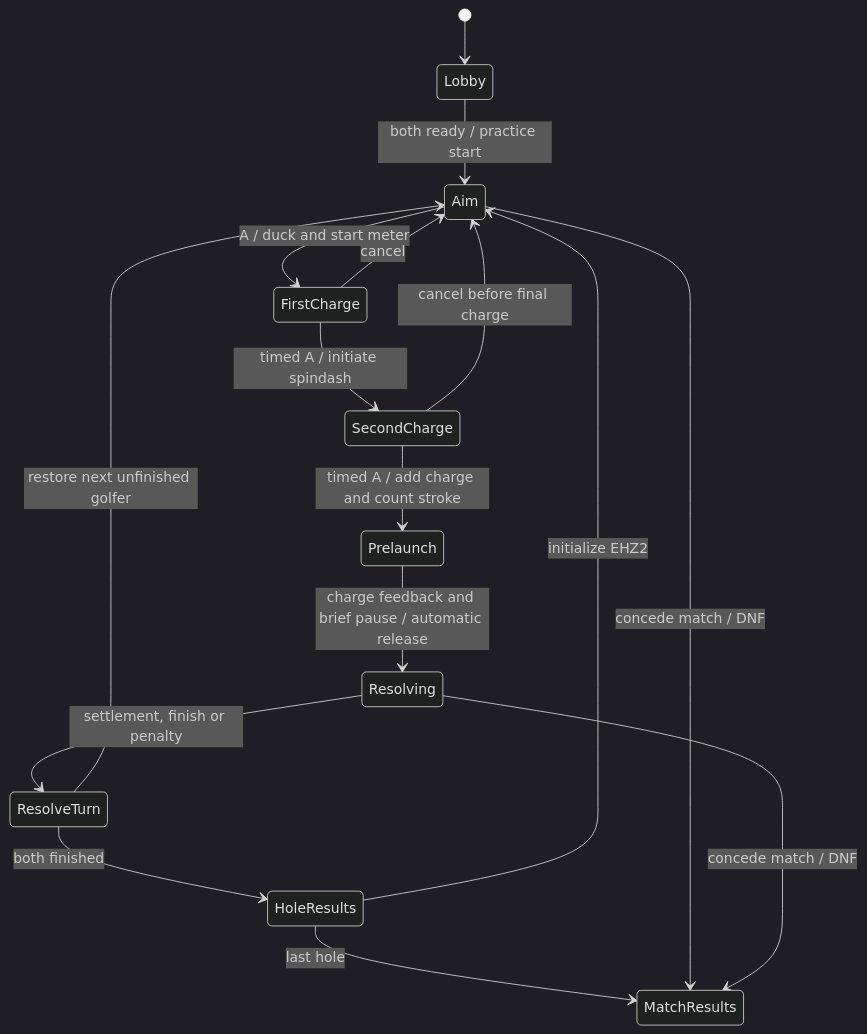
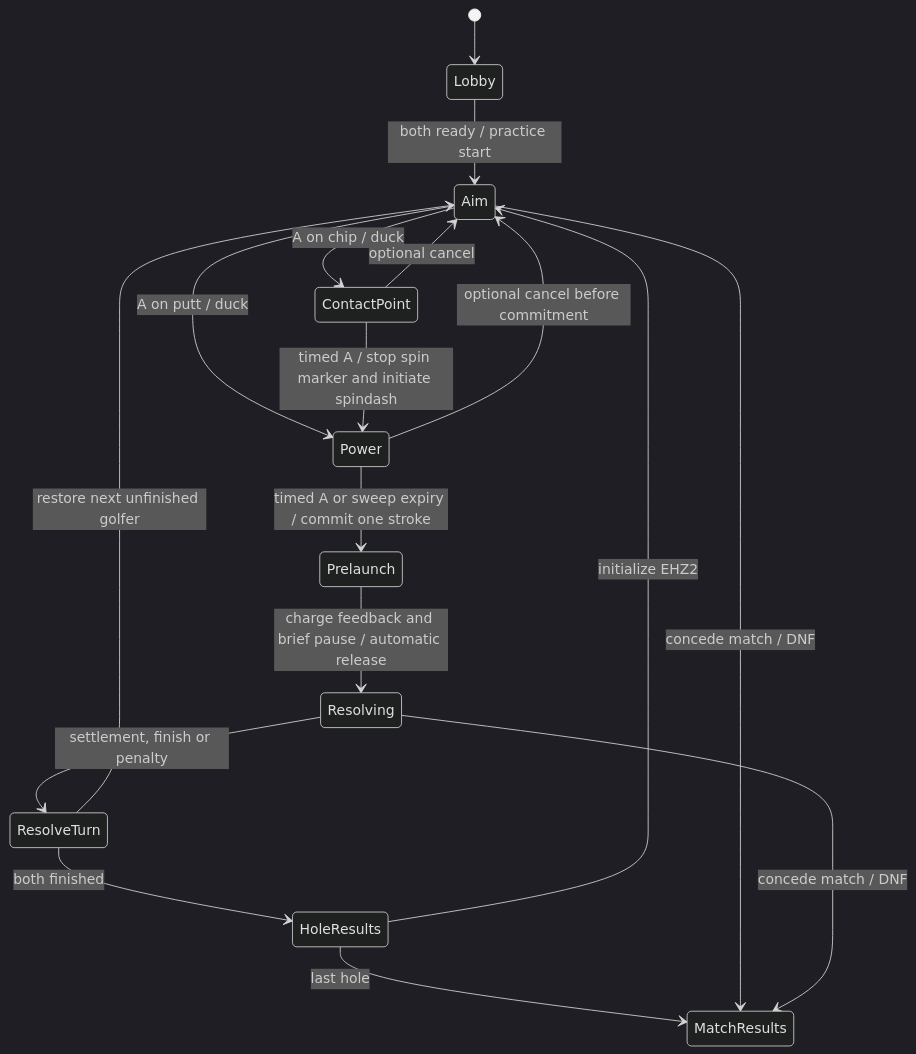
The diagram in docs/architecture/designs/2026-10-05-sonic-mini-golf.md (OpenGGF/OpenGGF), drawn with Mermaid (dark theme) before and after one commit. The commit also changed other lines of this file and 27 other files, not shown here.

First line of the commit message:
feat(putt-putt-paradise): add Dream Course spin and power timing

````diff
--- a/docs/architecture/designs/2026-10-05-sonic-mini-golf.md
+++ b/docs/architecture/designs/2026-10-05-sonic-mini-golf.md
@@ -248,18 +258,19 @@
 ```mermaid
 stateDiagram-v2
     [*] --> Lobby
     Lobby --> Aim: both ready / practice start
-    Aim --> FirstCharge: A / duck and start meter
-    FirstCharge --> SecondCharge: timed A / initiate spindash
-    FirstCharge --> Aim: cancel
-    SecondCharge --> Aim: cancel before final charge
-    SecondCharge --> Prelaunch: timed A / add charge and count stroke
+    Aim --> Power: A on putt / duck
+    Aim --> ContactPoint: A on chip / duck
+    ContactPoint --> Power: timed A / stop spin marker and initiate spindash
+    ContactPoint --> Aim: optional cancel
+    Power --> Aim: optional cancel before commitment
+    Power --> Prelaunch: timed A or sweep expiry / commit one stroke
     Prelaunch --> Resolving: charge feedback and brief pause / automatic release
     Resolving --> ResolveTurn: settlement, finish or penalty
     ResolveTurn --> Aim: restore next unfinished golfer
     ResolveTurn --> HoleResults: both finished
     HoleResults --> Aim: initialize EHZ2
     HoleResults --> MatchResults: last hole
     Aim --> MatchResults: concede match / DNF
     Resolving --> MatchResults: concede match / DNF
 ```
````
